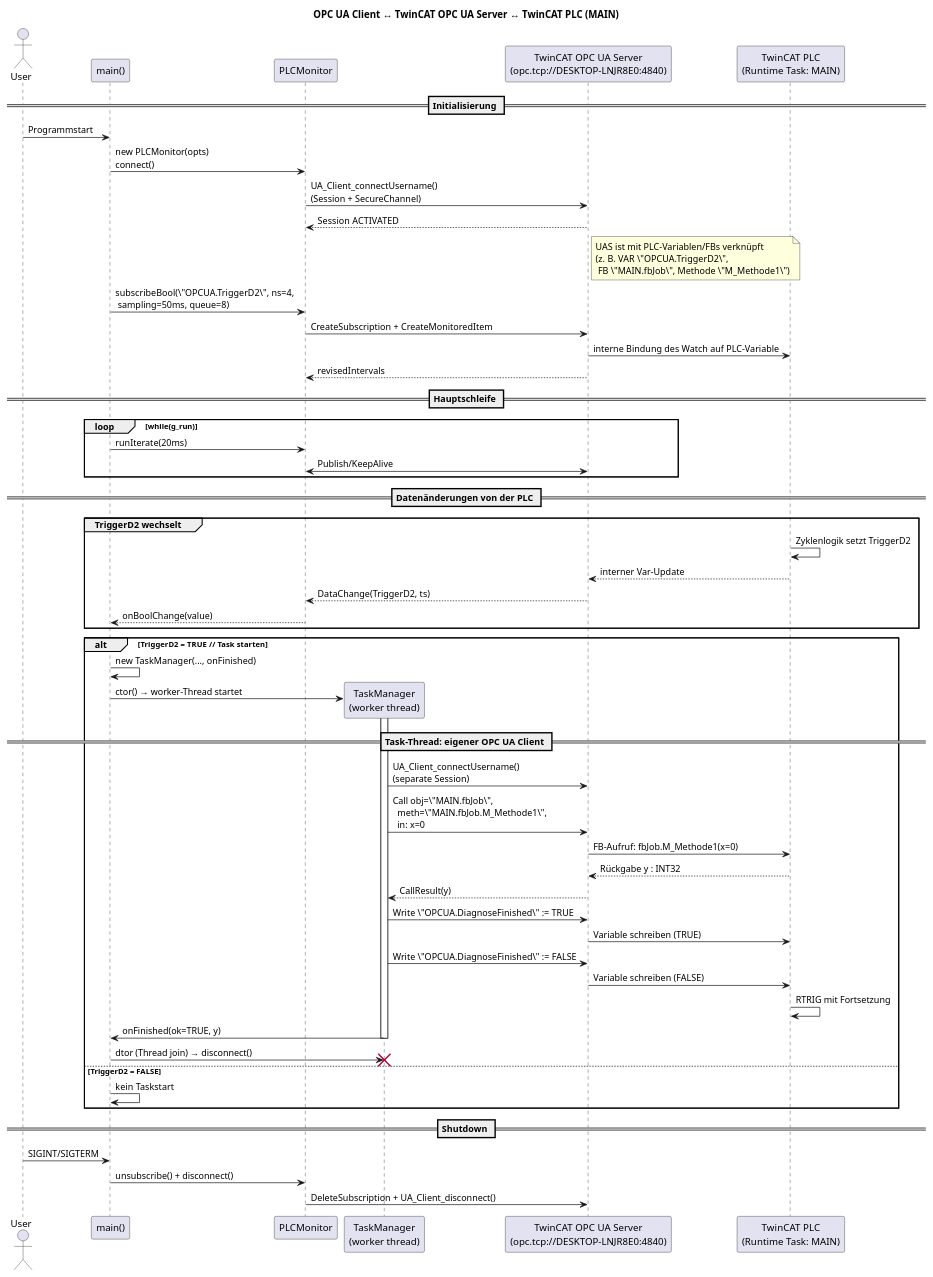
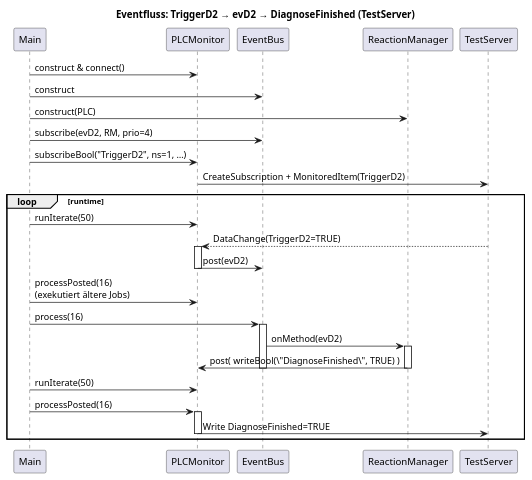
Before and after one commit to verkal1999/FMEA-MSR-EventSystem: the diagram in sequenz.plantuml, drawn with PlantUML. The commit also changed 2014 other files, not shown here.

Commit message:
Migrate to git submodules (open62541 v1.4.13, pybind11 v2.12.0, nlohmann_json v3.11.3); update server test, cert copy, and logs

```diff
--- a/sequenz.plantuml
+++ b/sequenz.plantuml
@@ -1,73 +1,40 @@
-@startuml seq
-title OPC UA Client ↔ TwinCAT OPC UA Server ↔ TwinCAT PLC (MAIN)
+@startuml EventFluss
+title Eventfluss: TriggerD2 → evD2 → DiagnoseFinished (TestServer)
 
-actor User as U
-participant "main()" as Main
-participant "PLCMonitor" as Mon
-participant "TaskManager\n(worker thread)" as TM
-participant "TwinCAT OPC UA Server\n(opc.tcp://DESKTOP-LNJR8E0:4840)" as UAS
-participant "TwinCAT PLC\n(Runtime Task: MAIN)" as PLC
+participant Main
+participant PLCMonitor as PLC
+participant EventBus as Bus
+participant ReactionManager as RM
+participant TestServer
 
-== Initialisierung ==
-U -> Main : Programmstart
-Main -> Mon : new PLCMonitor(opts)\nconnect()
-Mon -> UAS  : UA_Client_connectUsername()\n(Session + SecureChannel)
-UAS --> Mon : Session ACTIVATED
-note right of UAS
-  UAS ist mit PLC-Variablen/FBs verknüpft
-  (z. B. VAR \"OPCUA.TriggerD2\",
-   FB \"MAIN.fbJob\", Methode \"M_Methode1\")
-end note
+Main -> PLC: construct & connect()
+Main -> Bus: construct
+Main -> RM: construct(PLC)
+Main -> Bus: subscribe(evD2, RM, prio=4)
+Main -> PLC: subscribeBool("TriggerD2", ns=1, …)
+PLC -> TestServer: CreateSubscription + MonitoredItem(TriggerD2)
 
-Main -> Mon : subscribeBool(\"OPCUA.TriggerD2\", ns=4,\n sampling=50ms, queue=8)
-Mon -> UAS  : CreateSubscription + CreateMonitoredItem
-UAS -> PLC  : interne Bindung des Watch auf PLC-Variable
-UAS --> Mon : revisedIntervals
+loop runtime
+  Main -> PLC: runIterate(50)
+  TestServer --> PLC: DataChange(TriggerD2=TRUE)
+  activate PLC
+  PLC -> Bus: post(evD2)
+  deactivate PLC
 
-== Hauptschleife ==
-loop while(g_run)
-  Main -> Mon : runIterate(20ms)
-  Mon <-> UAS : Publish/KeepAlive
+  Main -> PLC: processPosted(16)\n(exekutiert ältere Jobs)
+  Main -> Bus: process(16)
+  activate Bus
+  Bus -> RM: onMethod(evD2)
+  activate RM
+  RM -> PLC: post( writeBool(\"DiagnoseFinished\", TRUE) )
+  deactivate RM
+  deactivate Bus
+
+  ' Job wird im nächsten Zyklus ausgeführt:
+  Main -> PLC: runIterate(50)
+  Main -> PLC: processPosted(16)
+  activate PLC
+  PLC -> TestServer: Write DiagnoseFinished=TRUE
+  deactivate PLC
 end
-
-== Datenänderungen von der PLC ==
-group TriggerD2 wechselt
-  PLC -> PLC : Zyklenlogik setzt TriggerD2
-  PLC --> UAS : interner Var-Update
-  UAS --> Mon : DataChange(TriggerD2, ts)
-  Mon --> Main: onBoolChange(value)
-end
-
-alt TriggerD2 = TRUE  // Task starten
-  Main -> Main : new TaskManager(..., onFinished)
-  create TM
-  Main -> TM : ctor() → worker-Thread startet
-  activate TM
-
-  == Task-Thread: eigener OPC UA Client ==
-  TM -> UAS : UA_Client_connectUsername()\n(separate Session)
-  TM -> UAS : Call obj=\"MAIN.fbJob\",\n  meth=\"MAIN.fbJob.M_Methode1\",\n  in: x=0
-  UAS -> PLC : FB-Aufruf: fbJob.M_Methode1(x=0)
-  PLC --> UAS : Rückgabe y : INT32
-  UAS --> TM  : CallResult(y)
-
-  ' Diagnoseflag per Client setzen (PLC liest es ein)
-  TM -> UAS : Write \"OPCUA.DiagnoseFinished\" := TRUE
-  UAS -> PLC : Variable schreiben (TRUE)
-  TM -> UAS : Write \"OPCUA.DiagnoseFinished\" := FALSE
-  UAS -> PLC : Variable schreiben (FALSE)
-  PLC -> PLC : RTRIG mit Fortsetzung
-
-  TM -> Main : onFinished(ok=TRUE, y)
-  deactivate TM
-  Main -> TM : dtor (Thread join) → disconnect()
-  destroy TM
-else TriggerD2 = FALSE
-  Main -> Main : kein Taskstart
-end
-
-== Shutdown ==
-U -> Main : SIGINT/SIGTERM
-Main -> Mon : unsubscribe() + disconnect()
-Mon -> UAS  : DeleteSubscription + UA_Client_disconnect()
 @enduml
```
